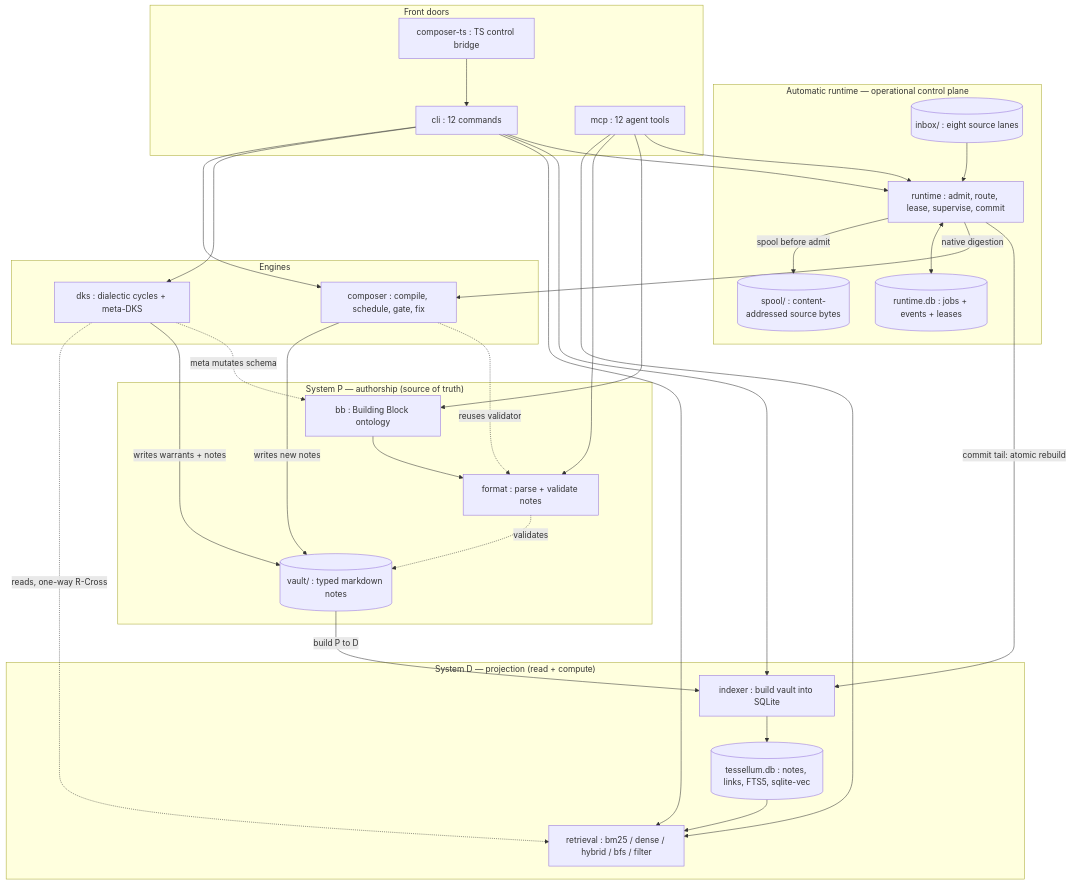
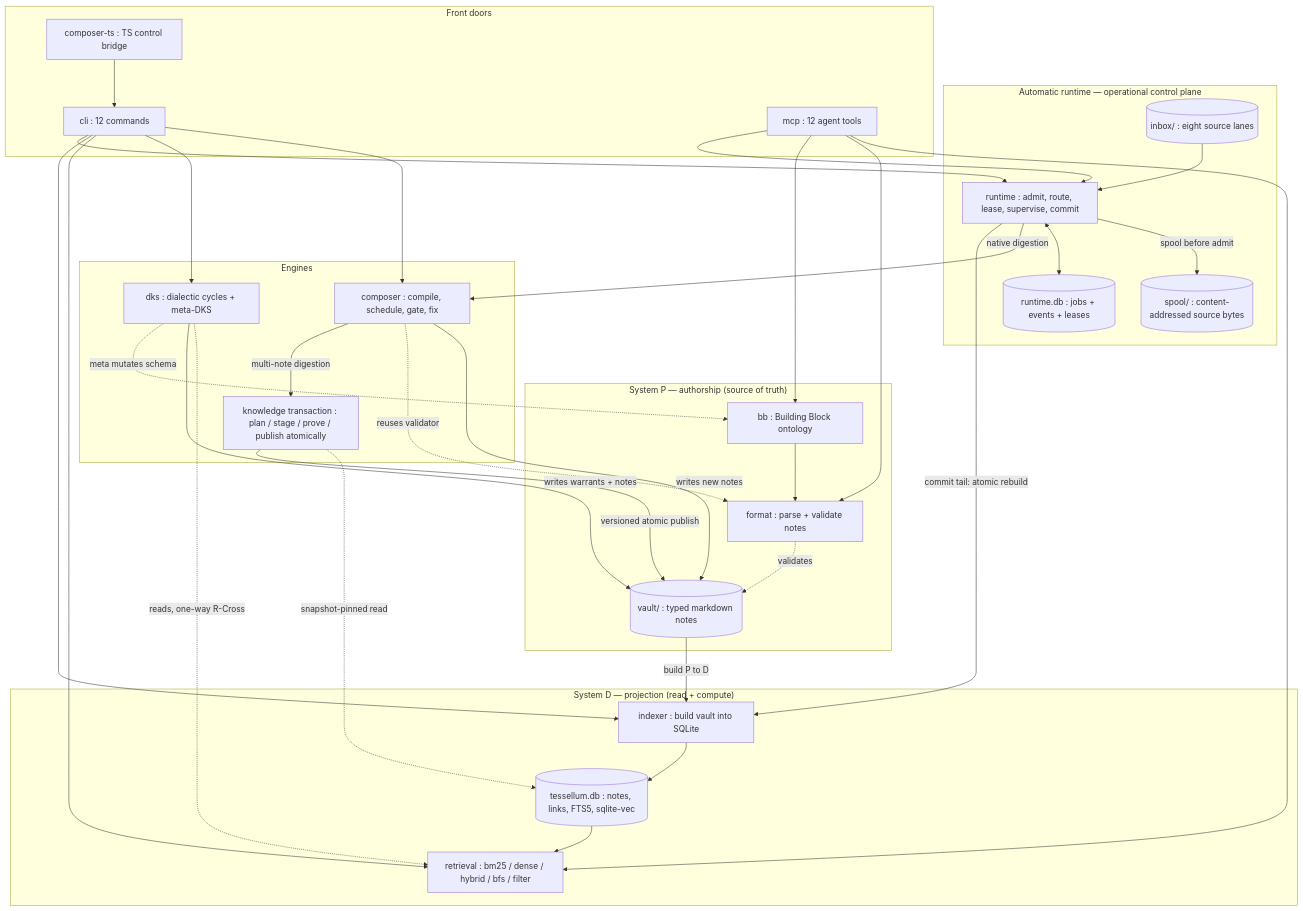
The diagram in docs/architecture.md (TianpeiLuke/Tessellum), drawn with Mermaid before and after one commit. The commit also changed other lines of this file and 15 other files, not shown here.

First line of the commit message:
docs: document the P0–P9 knowledge-transaction track + audit fixes; bump to 1.3.0

````diff
--- a/docs/architecture.md
+++ b/docs/architecture.md
@@ -27,58 +27,62 @@
 ```mermaid
 flowchart TB
     subgraph SP["System P — authorship (source of truth)"]
         bb["bb : Building Block ontology"]
         format["format : parse + validate notes"]
         vault[("vault/ : typed markdown notes")]
     end
 
     subgraph SD["System D — projection (read + compute)"]
         indexer["indexer : build vault into SQLite"]
         db[("tessellum.db : notes, links, FTS5, sqlite-vec")]
         retrieval["retrieval : bm25 / dense / hybrid / bfs / filter"]
     end
 
     subgraph ENG["Engines"]
         composer["composer : compile, schedule, gate, fix"]
+        ktx["knowledge transaction : plan / stage / prove / publish atomically"]
         dks["dks : dialectic cycles + meta-DKS"]
     end
 
     subgraph OPS["Automatic runtime — operational control plane"]
         inbox[("inbox/ : eight source lanes")]
         runtime["runtime : admit, route, lease, supervise, commit"]
         spool[("spool/ : content-addressed source bytes")]
         runtime_db[("runtime.db : jobs + events + leases")]
     end
 
     subgraph UI["Front doors"]
         cli["cli : 12 commands"]
         mcp["mcp : 12 agent tools"]
         cts["composer-ts : TS control bridge"]
     end
 
     bb --> format
     format -.->|validates| vault
     vault -->|build P to D| indexer --> db --> retrieval
 
     composer -->|writes new notes| vault
     composer -.->|reuses validator| format
+    composer -->|multi-note digestion| ktx
+    ktx -.->|snapshot-pinned read| db
+    ktx -->|versioned atomic publish| vault
     dks -.->|reads, one-way R-Cross| retrieval
     dks -->|writes warrants + notes| vault
     dks -.->|meta mutates schema| bb
     inbox --> runtime
     runtime -->|spool before admit| spool
     runtime <--> runtime_db
     runtime -->|native digestion| composer
     runtime -->|commit tail: atomic rebuild| indexer
 
     cli --> composer
     cli --> dks
     cli --> retrieval
     cli --> indexer
     cli --> runtime
     mcp --> retrieval
     mcp --> format
     mcp --> bb
     mcp --> runtime
     cts --> cli
 ```
````
